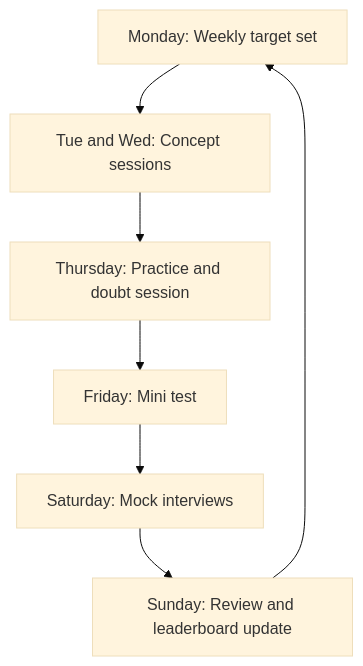
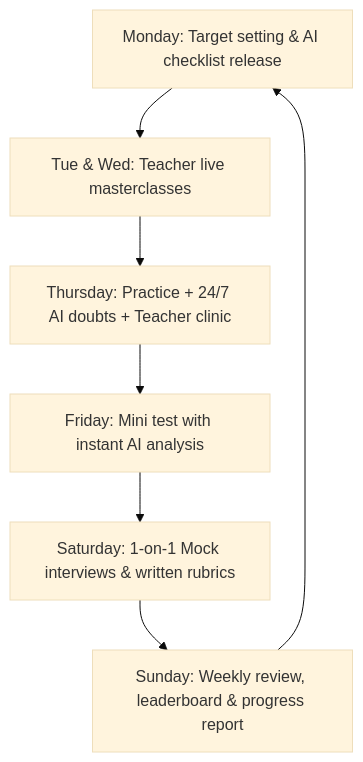
One commit to Anshitva7mishra/nms-placement-cohort changed the diagram in docs/operations/weekly-cycle.md. Above: the diagram before and after it, drawn with Mermaid (base theme). The commit also changed other lines of this file and 24 other files, not shown here.

````diff
--- a/docs/operations/weekly-cycle.md
+++ b/docs/operations/weekly-cycle.md
@@ -5,9 +5,9 @@
 ```mermaid
 flowchart TD
-    A["Monday: Weekly target set"] --> B["Tue and Wed: Concept sessions"]
-    B --> C["Thursday: Practice and doubt session"]
-    C --> D["Friday: Mini test"]
-    D --> E["Saturday: Mock interviews"]
-    E --> F["Sunday: Review and leaderboard update"]
+    A["Monday: Target setting & AI checklist release"] --> B["Tue & Wed: Teacher live masterclasses"]
+    B --> C["Thursday: Practice + 24/7 AI doubts + Teacher clinic"]
+    C --> D["Friday: Mini test with instant AI analysis"]
+    D --> E["Saturday: 1-on-1 Mock interviews & written rubrics"]
+    E --> F["Sunday: Weekly review, leaderboard & progress report"]
     F --> A
 ```
````
